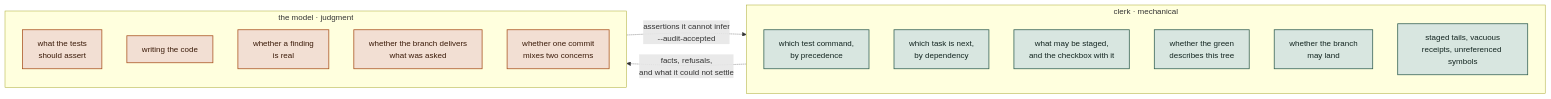
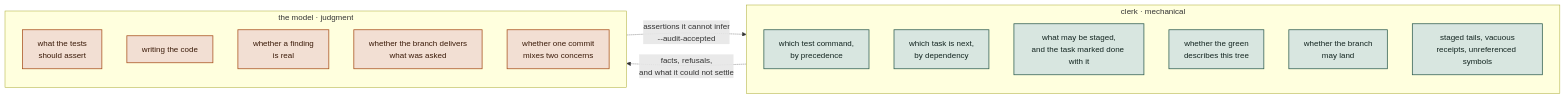
Before and after one commit to hpcsc/dotfiles: the second of 3 diagrams in link/common/dot-config/.config/ai/method/README.md, drawn with Mermaid. The commit also changed other lines of this file and 8 other files, not shown here.

````diff
--- a/link/common/dot-config/.config/ai/method/README.md
+++ b/link/common/dot-config/.config/ai/method/README.md
@@ -170,26 +170,26 @@
 ```mermaid
 flowchart LR
   subgraph M["clerk · mechanical"]
     direction TB
     m1["which test command,<br/>by precedence"]
     m2["which task is next,<br/>by dependency"]
-    m3["what may be staged,<br/>and the checkbox with it"]
+    m3["what may be staged,<br/>and the task marked done with it"]
     m4["whether the green<br/>describes this tree"]
     m5["whether the branch<br/>may land"]
     m6["staged tails, vacuous<br/>receipts, unreferenced symbols"]
   end
   subgraph J["the model · judgment"]
     direction TB
     j1["what the tests<br/>should assert"]
     j2["writing the code"]
     j3["whether a finding<br/>is real"]
     j4["whether the branch delivers<br/>what was asked"]
     j5["whether one commit<br/>mixes two concerns"]
   end
   M -.->|"facts, refusals,<br/>and what it could not settle"| J
   J -.->|"assertions it cannot infer<br/>--audit-accepted"| M
   classDef clerk fill:#D8E6E0,stroke:#2F5D50,stroke-width:1.5px,color:#132520
   classDef you fill:#F2DFD3,stroke:#A8501E,stroke-width:1.5px,color:#3A1A08
   class m1,m2,m3,m4,m5,m6 clerk
   class j1,j2,j3,j4,j5 you
 ```
````
